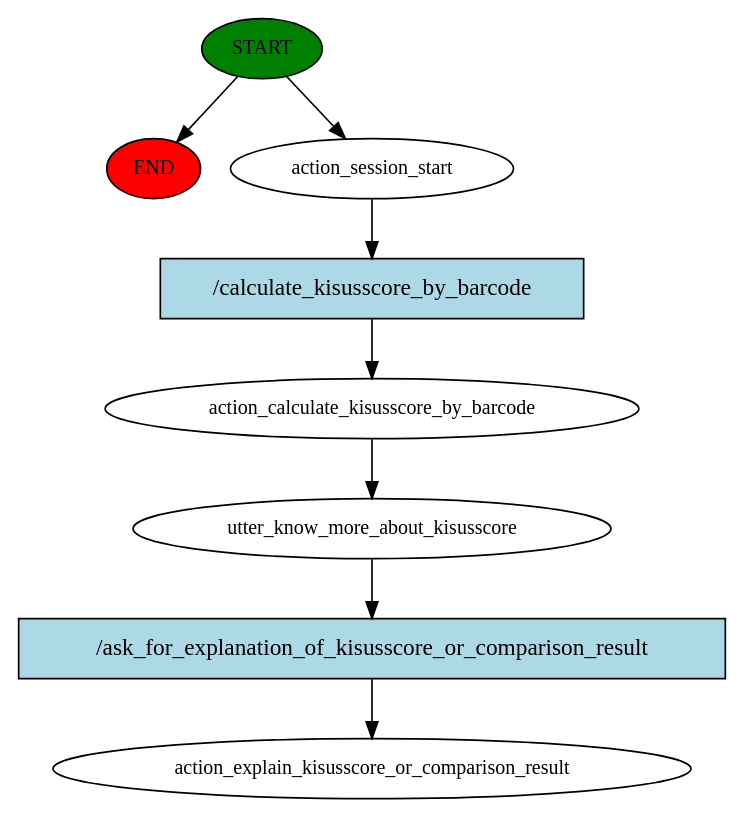
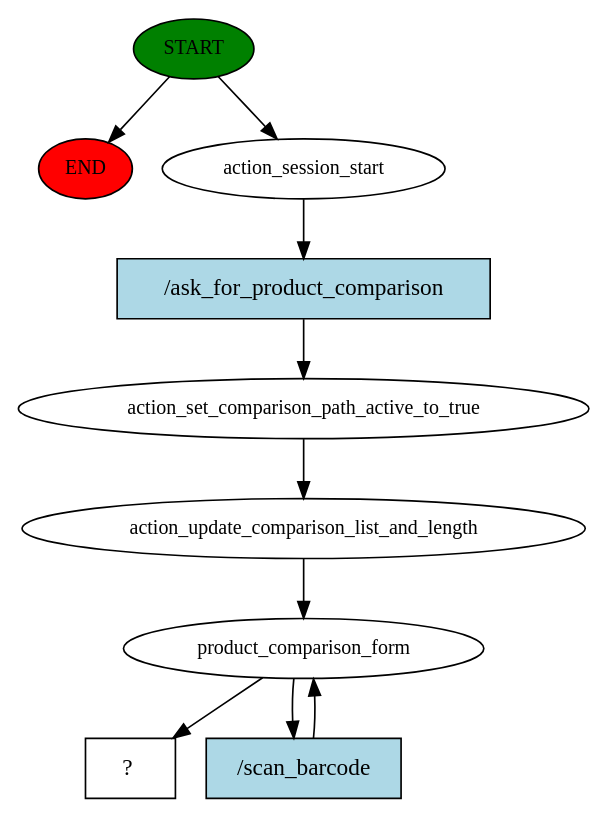
Before and after one commit to ronskoro/KISuscheck: the diagram in Rasa/story_graph.dot, drawn with Graphviz. The commit also changed 9 other files, not shown here.

```diff
--- a/Rasa/story_graph.dot
+++ b/Rasa/story_graph.dot
@@ -1,17 +1,20 @@
 digraph  {
 0 [class="start active", fillcolor=green, fontsize=12, label=START, style=filled];
 "-1" [class=end, fillcolor=red, fontsize=12, label=END, style=filled];
 1 [class=active, fontsize=12, label=action_session_start];
-2 [class=active, fontsize=12, label=action_calculate_kisusscore_by_barcode];
-3 [class=active, fontsize=12, label=utter_know_more_about_kisusscore];
-4 [class="dashed active", fontsize=12, label=action_explain_kisusscore_or_comparison_result];
-5 [class="intent active", fillcolor=lightblue, label="/calculate_kisusscore_by_barcode", shape=rect, style=filled];
-6 [class="intent active", fillcolor=lightblue, label="/ask_for_explanation_of_kisusscore_or_comparison_result", shape=rect, style=filled];
+2 [class=active, fontsize=12, label=action_set_comparison_path_active_to_true];
+3 [class=active, fontsize=12, label=action_update_comparison_list_and_length];
+4 [class=active, fontsize=12, label=product_comparison_form];
+6 [class="intent dashed active", label="  ?  ", shape=rect];
+7 [class="intent active", fillcolor=lightblue, label="/ask_for_product_comparison", shape=rect, style=filled];
+8 [class="intent active", fillcolor=lightblue, label="/scan_barcode", shape=rect, style=filled];
 0 -> "-1"  [class="", key=NONE, label=""];
 0 -> 1  [class=active, key=NONE, label=""];
-1 -> 5  [class=active, key=0];
+1 -> 7  [class=active, key=0];
 2 -> 3  [class=active, key=NONE, label=""];
-3 -> 6  [class=active, key=0];
-5 -> 2  [class=active, key=0];
-6 -> 4  [class=active, key=0];
+3 -> 4  [class=active, key=NONE, label=""];
+4 -> 6  [class=active, key=NONE, label=""];
+4 -> 8  [class=active, key=0];
+7 -> 2  [class=active, key=0];
+8 -> 4  [class=active, key=0];
 }
```
